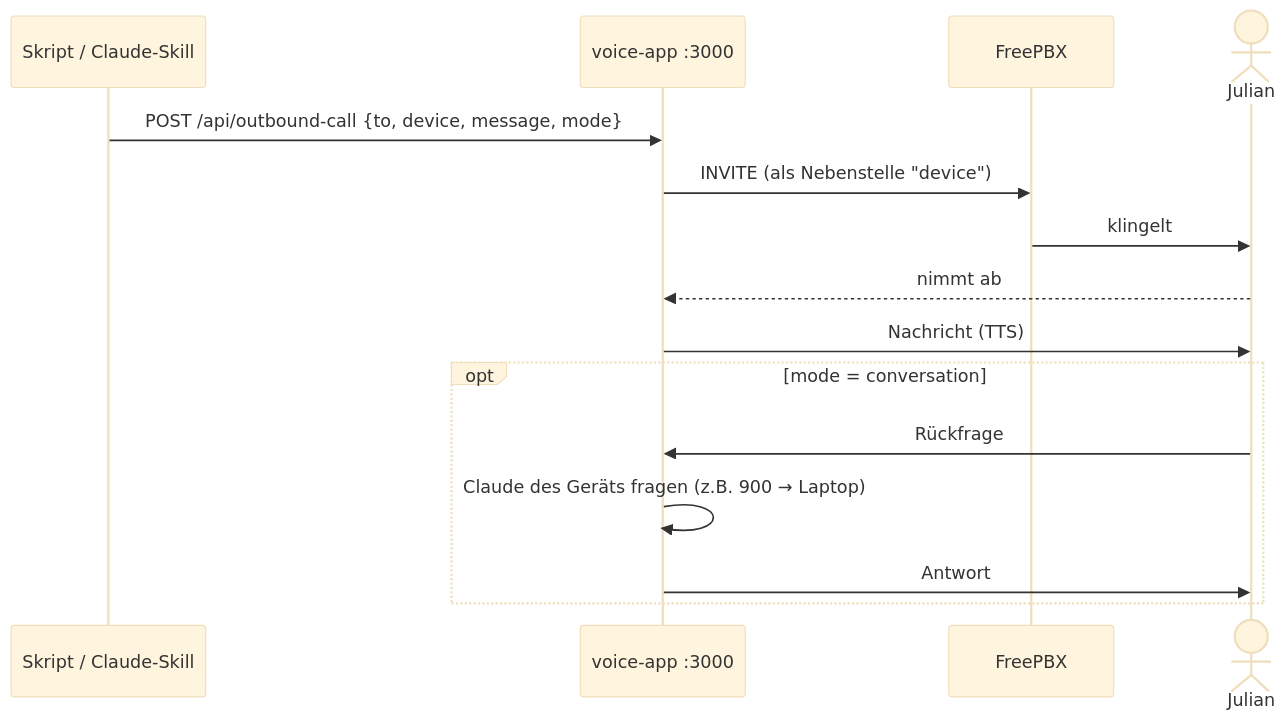
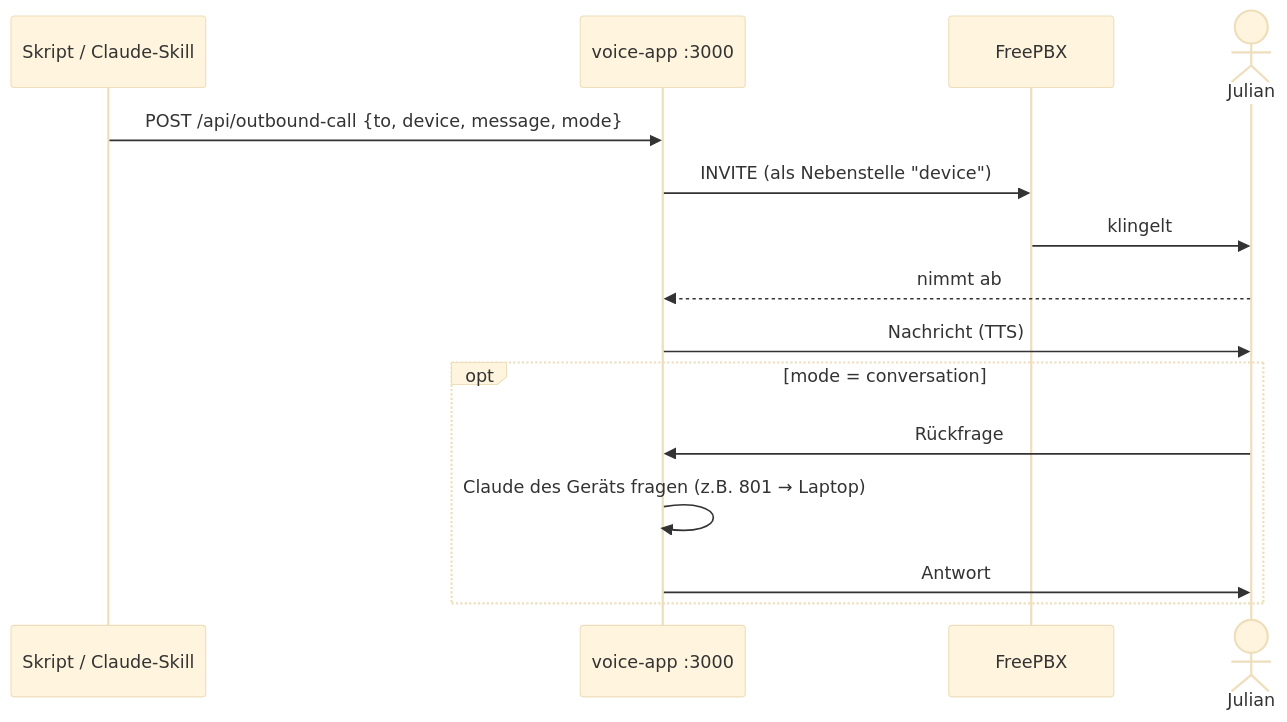
The fourth of 4 diagrams in README.md (dajuly20/claude-phone-freepbx), drawn with Mermaid (base theme) before and after one commit. The commit also changed other lines of this file and 5 other files, not shown here.

````diff
--- a/README.md
+++ b/README.md
@@ -108,17 +108,17 @@
 ```mermaid
 sequenceDiagram
     participant S as Skript / Claude-Skill
     participant V as voice-app :3000
     participant P as FreePBX
     actor J as Julian
     S->>V: POST /api/outbound-call {to, device, message, mode}
     V->>P: INVITE (als Nebenstelle "device")
     P->>J: klingelt
     J-->>V: nimmt ab
     V->>J: Nachricht (TTS)
     opt mode = conversation
         J->>V: Rückfrage
-        V->>V: Claude des Geräts fragen (z.B. 900 → Laptop)
+        V->>V: Claude des Geräts fragen (z.B. 801 → Laptop)
         V->>J: Antwort
     end
 ```
````
